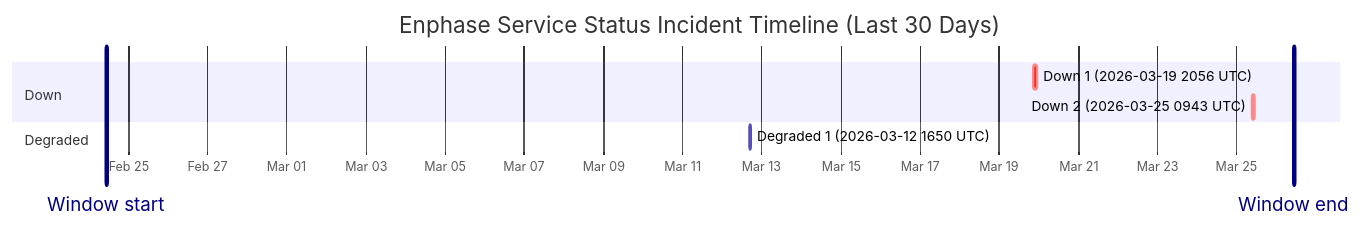
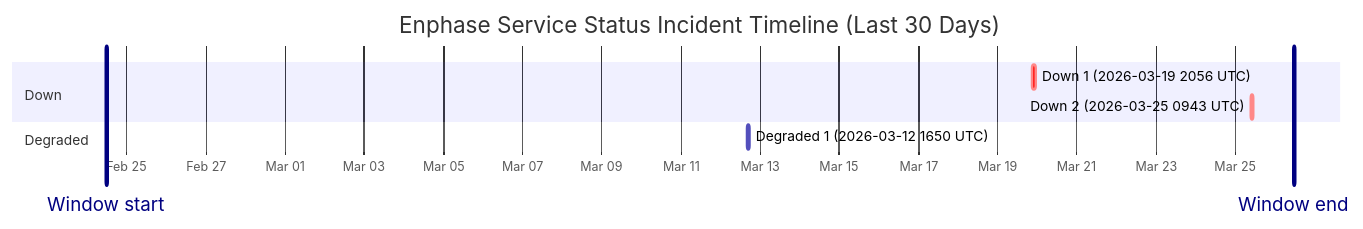
One commit to barneyonline/ha-enphase-ev-charger changed the diagram in wiki/Service-Status-History.md. Above: the diagram before and after it, drawn with Mermaid. The commit also changed other lines of this file and 3 other files, not shown here.

````diff
--- a/wiki/Service-Status-History.md
+++ b/wiki/Service-Status-History.md
@@ -14,13 +14,13 @@
 ```mermaid
 gantt
     title Enphase Service Status Incident Timeline (Last 30 Days)
     dateFormat  YYYY-MM-DDTHH:mm:ss
     axisFormat  %b %d
-    Window start :vert, window-start, 2026-02-24T10:43:28, 0ms
-    Window end :vert, window-end, 2026-03-26T10:43:28, 0ms
+    Window start :vert, window-start, 2026-02-24T11:42:06, 0ms
+    Window end :vert, window-end, 2026-03-26T11:42:06, 0ms
     section Down
     Down 1 (2026-03-19 2056 UTC) :crit, down-1, 2026-03-19T20:56:20, 145m
     Down 2 (2026-03-25 0943 UTC) :crit, down-2, 2026-03-25T09:43:28, 111m
     section Degraded
     Degraded 1 (2026-03-12 1650 UTC) :active, degraded-1, 2026-03-12T16:50:43, 60m
 ```
````
